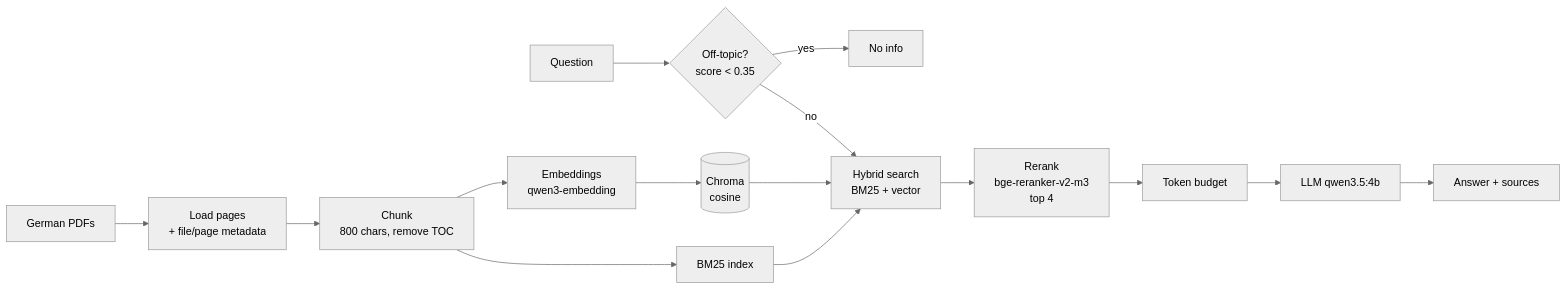
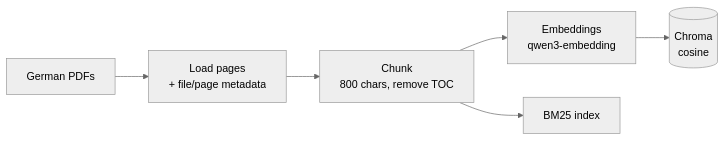
One commit to pratham636/german-rag-assistant changed the first of 2 diagrams in README.md. Above: the diagram before and after it, drawn with Mermaid (neutral theme). The commit also changed other lines of this file and 2 other files, not shown here.

````diff
--- a/README.md
+++ b/README.md
@@ -22,17 +37,8 @@
 ```mermaid
 flowchart LR
     A[German PDFs] --> B[Load pages<br/>+ file/page metadata]
     B --> C[Chunk<br/>800 chars, remove TOC]
     C --> D[Embeddings<br/>qwen3-embedding]
     D --> E[(Chroma<br/>cosine)]
     C --> F[BM25 index]
-    Q[Question] --> G{Off-topic?<br/>score < 0.35}
-    G -- yes --> N[No info]
-    G -- no --> H[Hybrid search<br/>BM25 + vector]
-    E --> H
-    F --> H
-    H --> I[Rerank<br/>bge-reranker-v2-m3<br/>top 4]
-    I --> J[Token budget]
-    J --> K[LLM qwen3.5:4b]
-    K --> L[Answer + sources]
 ```
````
